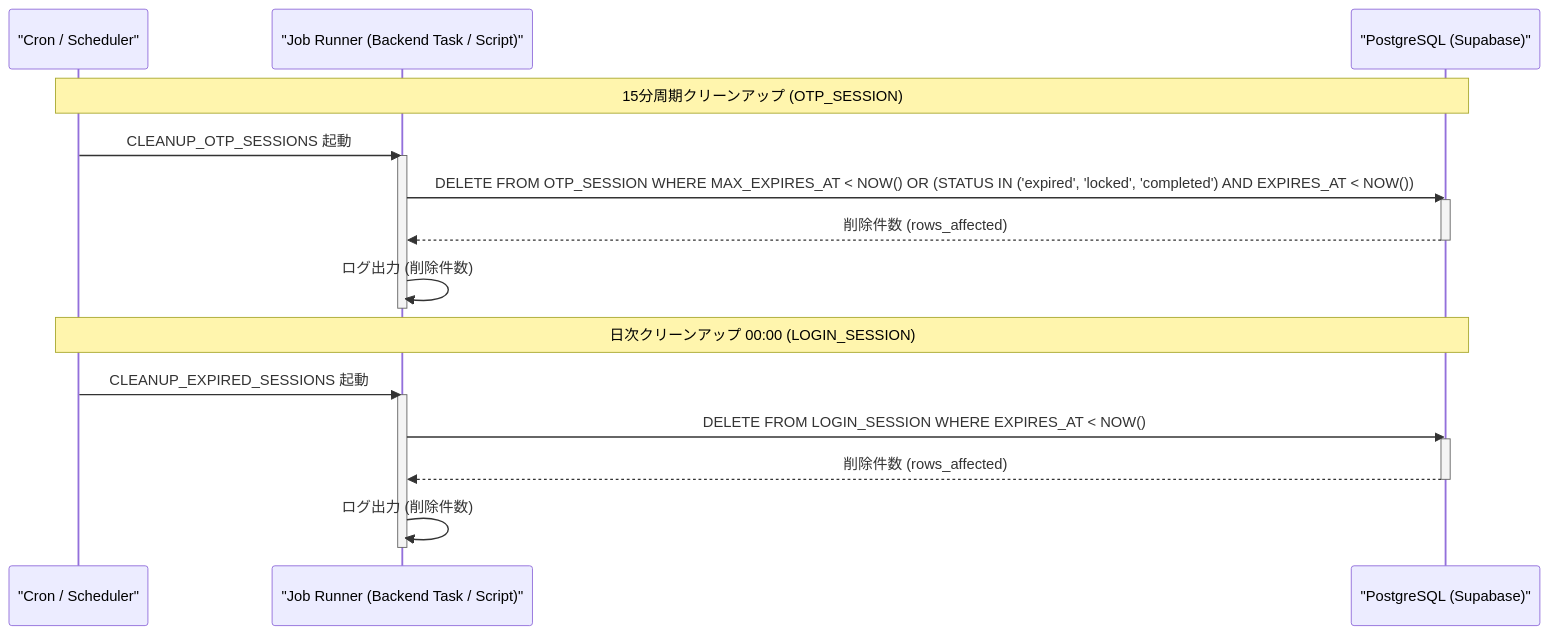
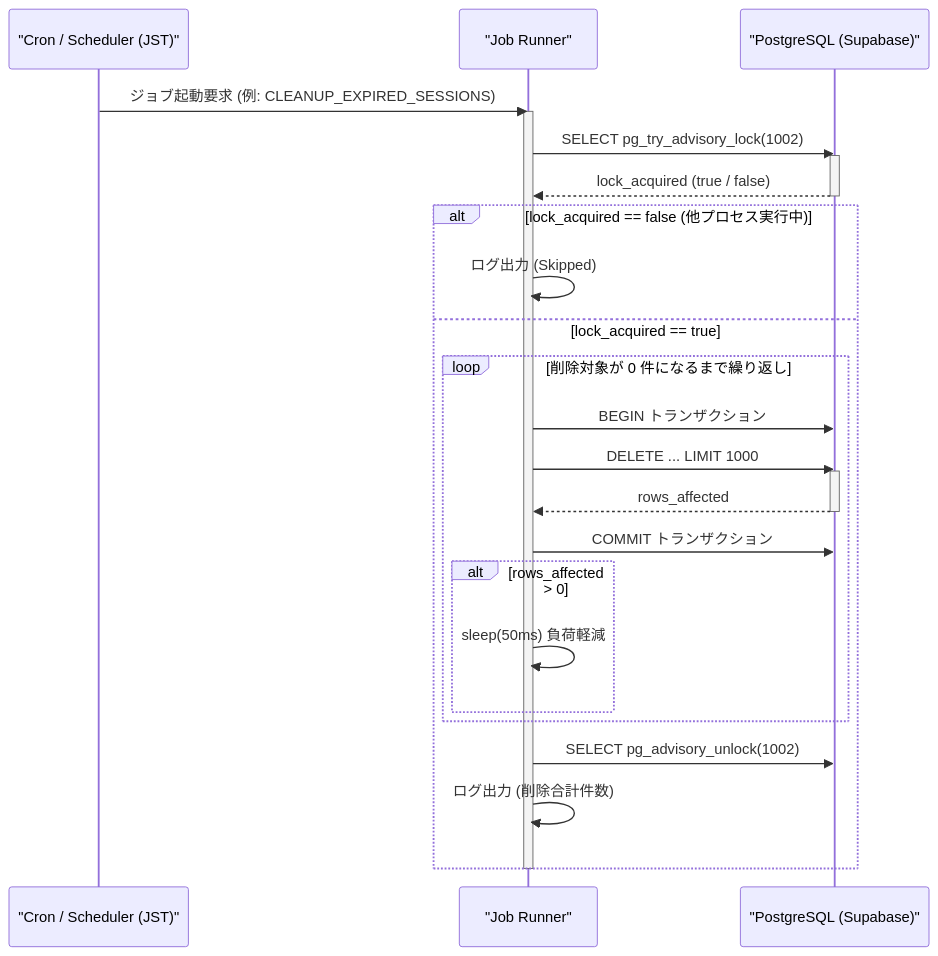
One commit to TUS-TI-dev-team/SyncTask changed the diagram in docs/design/job_design.md. Above: the diagram before and after it, drawn with Mermaid. The commit also changed other lines of this file and 11 other files, not shown here.

````diff
--- a/docs/design/job_design.md
+++ b/docs/design/job_design.md
@@ -52,26 +174,33 @@
 ```mermaid
 sequenceDiagram
-    participant Cron as "Cron / Scheduler"
-    participant Runner as "Job Runner (Backend Task / Script)"
+    participant Cron as "Cron / Scheduler (JST)"
+    participant Runner as "Job Runner"
     participant DB as "PostgreSQL (Supabase)"
 
-    Note over Cron,DB: 15分周期クリーンアップ (OTP_SESSION)
-    Cron->>Runner: CLEANUP_OTP_SESSIONS 起動
+    Cron->>Runner: ジョブ起動要求 (例: CLEANUP_EXPIRED_SESSIONS)
     activate Runner
-    Runner->>DB: DELETE FROM OTP_SESSION WHERE MAX_EXPIRES_AT < NOW() OR (STATUS IN ('expired', 'locked', 'completed') AND EXPIRES_AT < NOW())
+    
+    Runner->>DB: SELECT pg_try_advisory_lock(1002)
     activate DB
-    DB-->>Runner: 削除件数 (rows_affected)
+    DB-->>Runner: lock_acquired (true / false)
     deactivate DB
-    Runner->>Runner: ログ出力 (削除件数)
-    deactivate Runner
 
-    Note over Cron,DB: 日次クリーンアップ 00:00 (LOGIN_SESSION)
-    Cron->>Runner: CLEANUP_EXPIRED_SESSIONS 起動
-    activate Runner
-    Runner->>DB: DELETE FROM LOGIN_SESSION WHERE EXPIRES_AT < NOW()
-    activate DB
-    DB-->>Runner: 削除件数 (rows_affected)
-    deactivate DB
-    Runner->>Runner: ログ出力 (削除件数)
+    alt lock_acquired == false (他プロセス実行中)
+        Runner->>Runner: ログ出力 (Skipped)
+    else lock_acquired == true
+        loop 削除対象が 0 件になるまで繰り返し
+            Runner->>DB: BEGIN トランザクション
+            Runner->>DB: DELETE ... LIMIT 1000
+            activate DB
+            DB-->>Runner: rows_affected
+            deactivate DB
+            Runner->>DB: COMMIT トランザクション
+            alt rows_affected > 0
+                Runner->>Runner: sleep(50ms) 負荷軽減
+            end
+        end
+        Runner->>DB: SELECT pg_advisory_unlock(1002)
+        Runner->>Runner: ログ出力 (削除合計件数)
+    end
     deactivate Runner
 ```
````
